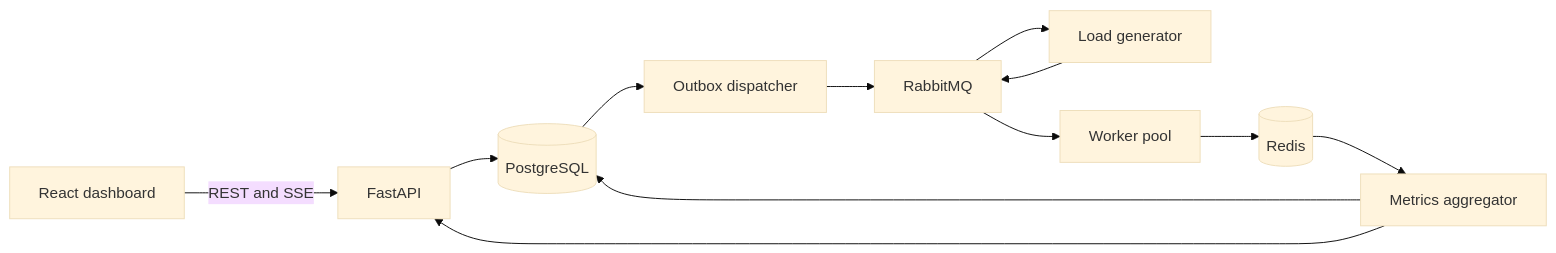
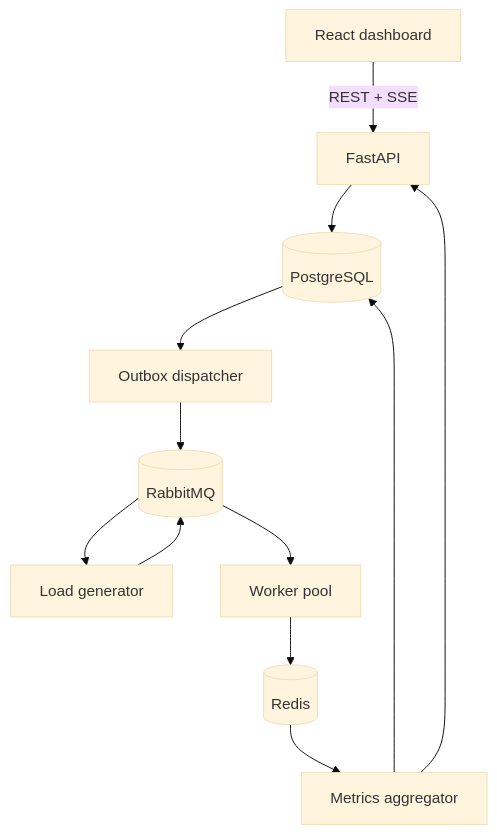
Before and after one commit to mikaelllll/Distributed-Job-Processing-System-example: the diagram in README.md, drawn with Mermaid (base theme). The commit also changed other lines of this file and 6 other files, not shown here.

````diff
--- a/README.md
+++ b/README.md
@@ -19,14 +39,14 @@
 ```mermaid
-flowchart LR
-    UI[React dashboard] -->|REST and SSE| API[FastAPI]
-    API --> PG[(PostgreSQL)]
-    PG --> Outbox[Outbox dispatcher]
-    Outbox --> RMQ[RabbitMQ]
-    RMQ --> Generator[Load generator]
-    Generator --> RMQ
-    RMQ --> Workers[Worker pool]
-    Workers --> Redis[(Redis)]
-    Redis --> Aggregator[Metrics aggregator]
-    Aggregator --> PG
-    Aggregator --> API
+flowchart TD
+    UI["React dashboard"] -->|"REST + SSE"| API["FastAPI"]
+    API --> DB[("PostgreSQL")]
+    DB --> DISPATCH["Outbox dispatcher"]
+    DISPATCH --> MQ[("RabbitMQ")]
+    MQ --> GEN["Load generator"]
+    GEN --> MQ
+    MQ --> WORKERS["Worker pool"]
+    WORKERS --> REDIS[("Redis")]
+    REDIS --> AGG["Metrics aggregator"]
+    AGG --> DB
+    AGG --> API
 ```
````
